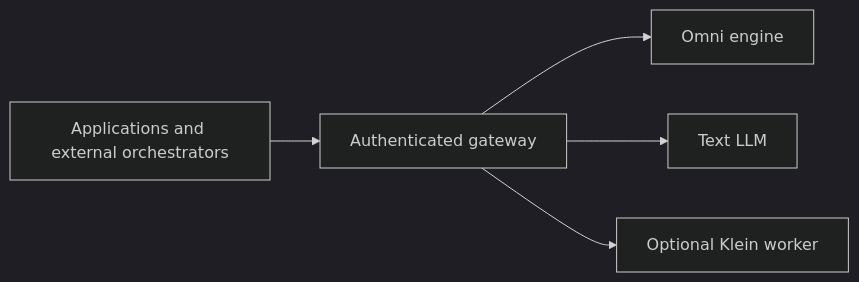
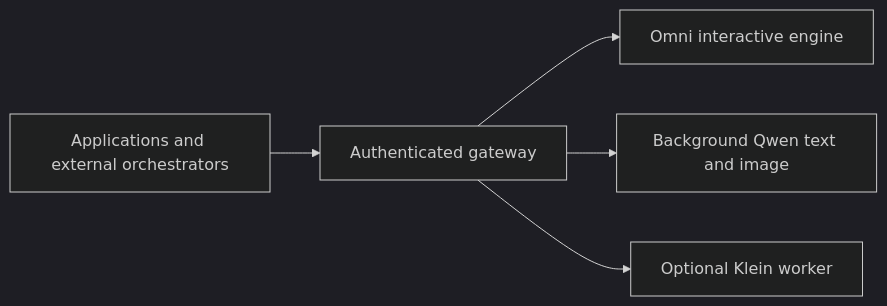
One commit to 4everWZ/omni-avatar-api changed the diagram in docs/architecture.md. Above: the diagram before and after it, drawn with Mermaid (dark theme). The commit also changed other lines of this file and 9 other files, not shown here.

````diff
--- a/docs/architecture.md
+++ b/docs/architecture.md
@@ -5,7 +5,7 @@
 ```mermaid
 flowchart LR
     Client[Applications and external orchestrators] --> Gateway[Authenticated gateway]
-    Gateway --> Omni[Omni engine]
-    Gateway --> LLM[Text LLM]
+    Gateway --> Omni[Omni interactive engine]
+    Gateway --> LLM[Background Qwen text and image]
     Gateway --> Images[Optional Klein worker]
 ```
````
